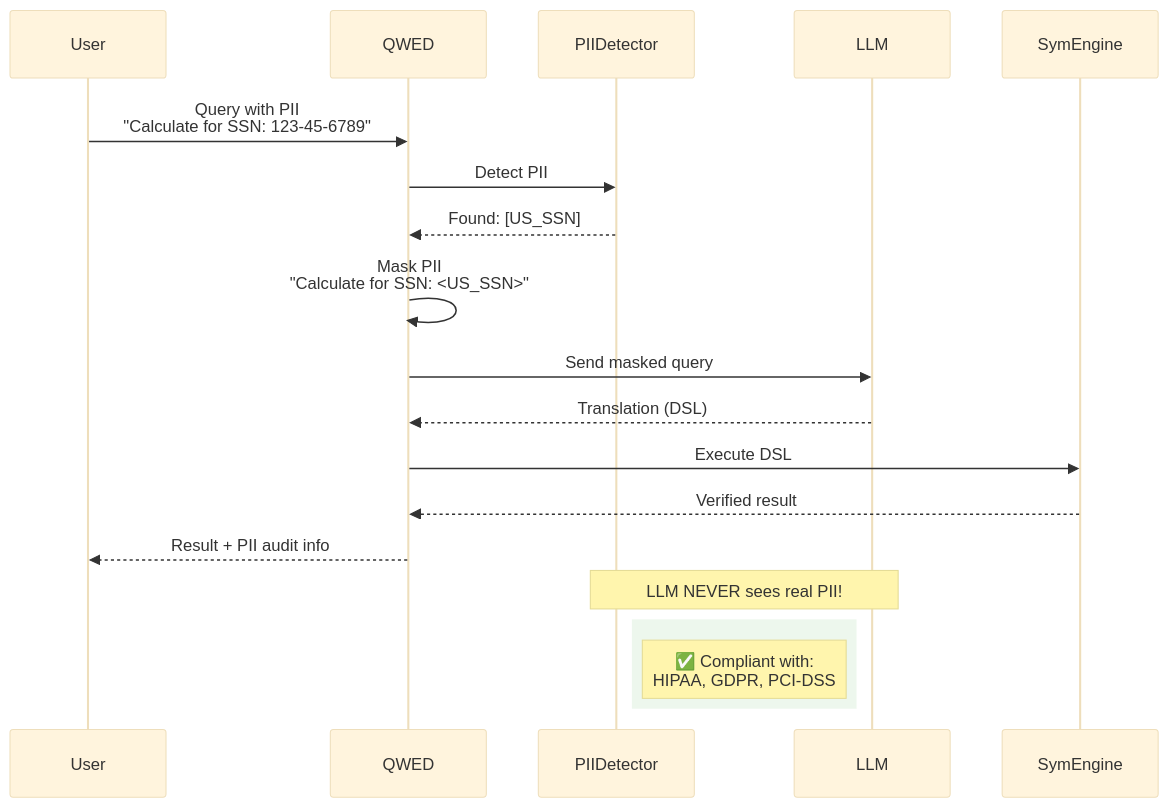
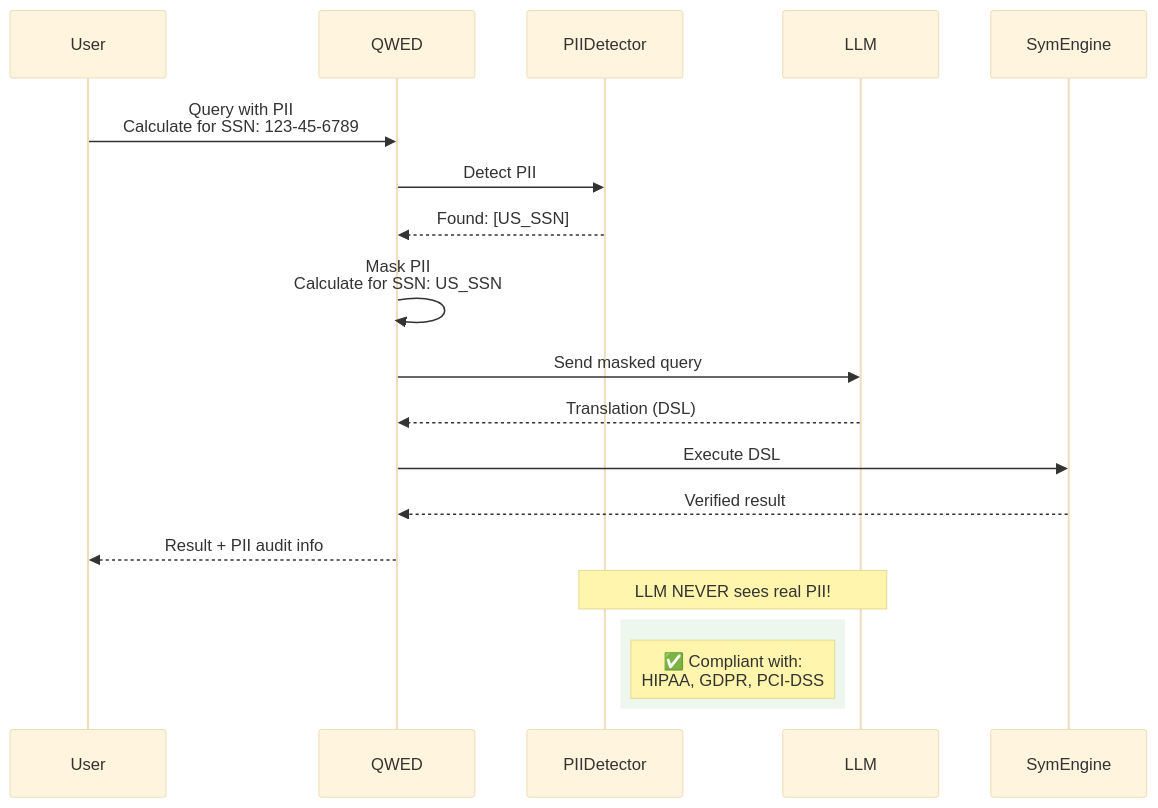
The third of 6 diagrams in ARCHITECTURE.md (QWED-AI/qwed-learning), drawn with Mermaid (base theme) before and after one commit. The commit also changed other lines of this file and 3 other files, not shown here.

````diff
--- a/ARCHITECTURE.md
+++ b/ARCHITECTURE.md
@@ -76,24 +76,24 @@
 ```mermaid
 sequenceDiagram
     participant User
     participant QWED
     participant PIIDetector
     participant LLM
     participant SymEngine
     
-    User->>QWED: Query with PII<br/>"Calculate for SSN: 123-45-6789"
+    User->>QWED: Query with PII<br/>Calculate for SSN: 123-45-6789
     QWED->>PIIDetector: Detect PII
     PIIDetector-->>QWED: Found: [US_SSN]
-    QWED->>QWED: Mask PII<br/>"Calculate for SSN: <US_SSN>"
+    QWED->>QWED: Mask PII<br/>Calculate for SSN: US_SSN
     QWED->>LLM: Send masked query
     LLM-->>QWED: Translation (DSL)
     QWED->>SymEngine: Execute DSL
     SymEngine-->>QWED: Verified result
     QWED-->>User: Result + PII audit info
     
     Note over PIIDetector,LLM: LLM NEVER sees real PII!
     
     rect rgb(76, 175, 80, 0.1)
         Note right of PIIDetector: ✅ Compliant with:<br/>HIPAA, GDPR, PCI-DSS
     end
 ```
````
